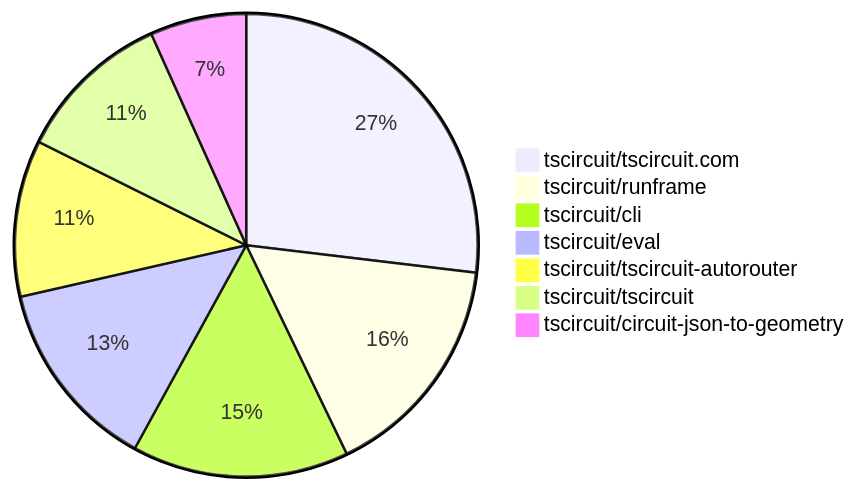
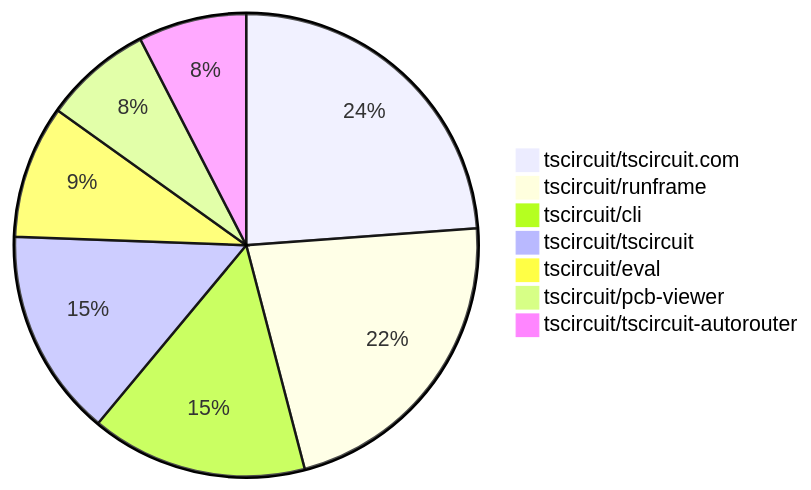
Before and after one commit to tscircuit/contribution-tracker: the second of 2 diagrams in README.md, drawn with Mermaid. The commit also changed other lines of this file and 3 other files, not shown here.

````diff
--- a/README.md
+++ b/README.md
@@ -119,10 +131,10 @@
 ```mermaid
 pie
-    "tscircuit/tscircuit.com" : 32
-    "tscircuit/runframe" : 19
-    "tscircuit/cli" : 18
+    "tscircuit/tscircuit.com" : 41
+    "tscircuit/runframe" : 38
+    "tscircuit/cli" : 26
+    "tscircuit/tscircuit" : 25
     "tscircuit/eval" : 16
+    "tscircuit/pcb-viewer" : 13
     "tscircuit/tscircuit-autorouter" : 13
-    "tscircuit/tscircuit" : 13
-    "tscircuit/circuit-json-to-geometry" : 8
 ```
````
